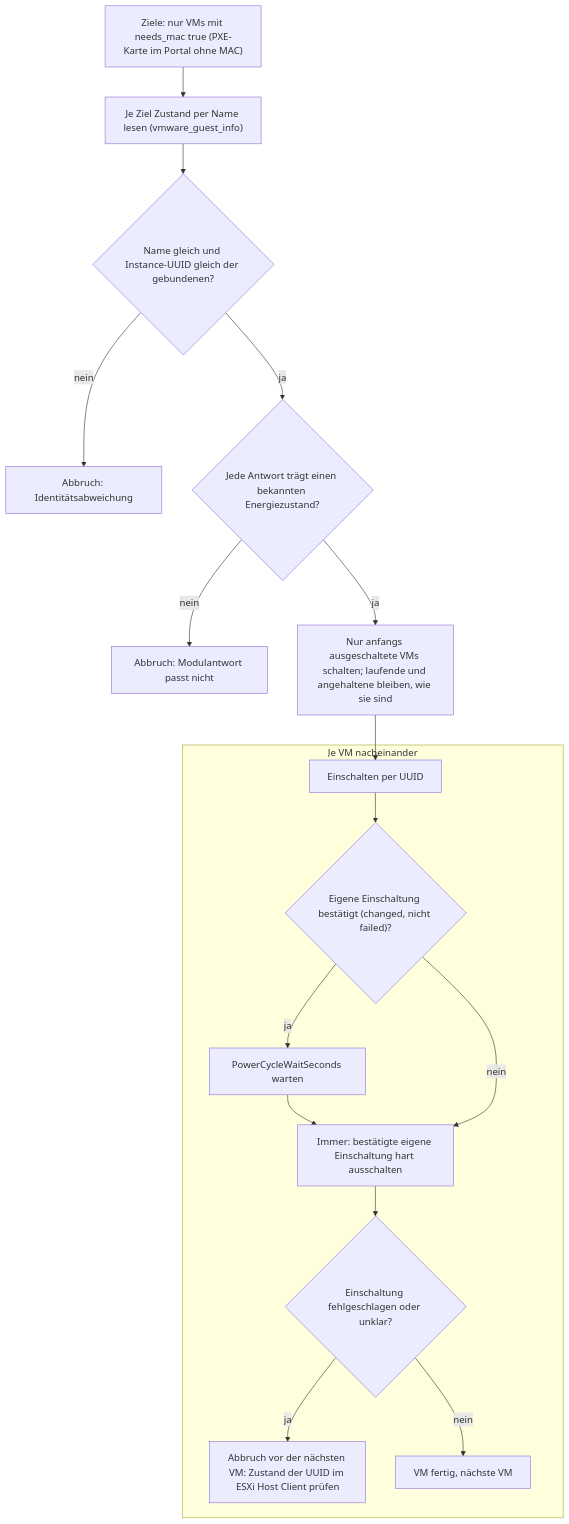
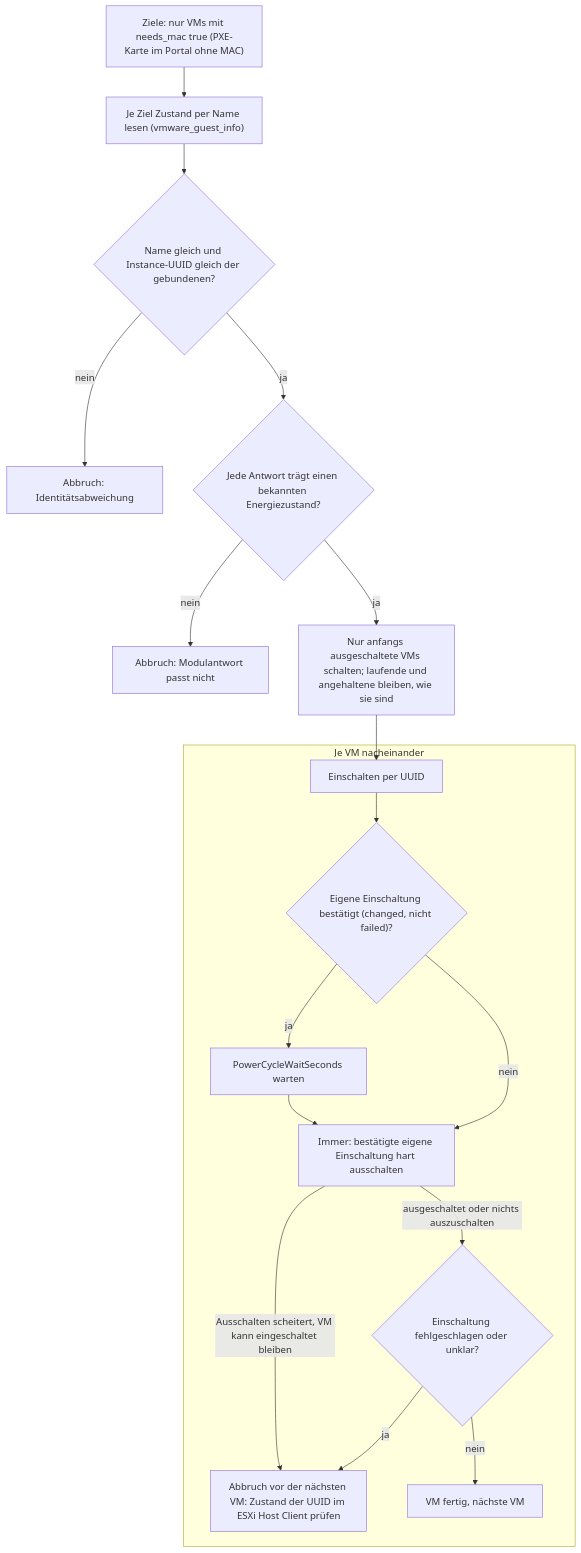
The ninth of 13 diagrams in docs/operations/deploy-flows.md (Samy94M/VirtuSphere-v2-WebApp), drawn with Mermaid before and after one commit. The commit also changed other lines of this file and 7 other files, not shown here.

First line of the commit message:
Guard the flow documents against the code and recheck every diagram

````diff
--- a/docs/operations/deploy-flows.md
+++ b/docs/operations/deploy-flows.md
@@ -250,19 +265,20 @@
 ```mermaid
 flowchart TD
   A["Ziele: nur VMs mit needs_mac true (PXE-Karte im Portal ohne MAC)"] --> B["Je Ziel Zustand per Name lesen (vmware_guest_info)"]
   B --> C{"Name gleich und Instance-UUID gleich der gebundenen?"}
   C -->|nein| CX["Abbruch: Identitätsabweichung"]
   C -->|ja| D{"Jede Antwort trägt einen bekannten Energiezustand?"}
   D -->|nein| DX["Abbruch: Modulantwort passt nicht"]
   D -->|ja| E["Nur anfangs ausgeschaltete VMs schalten; laufende und angehaltene bleiben, wie sie sind"]
   subgraph JE["Je VM nacheinander"]
     F["Einschalten per UUID"] --> G{"Eigene Einschaltung bestätigt (changed, nicht failed)?"}
     G -->|ja| H["PowerCycleWaitSeconds warten"]
     H --> I["Immer: bestätigte eigene Einschaltung hart ausschalten"]
     G -->|nein| I
-    I --> K{"Einschaltung fehlgeschlagen oder unklar?"}
+    I -->|Ausschalten scheitert, VM kann eingeschaltet bleiben| KX
+    I -->|ausgeschaltet oder nichts auszuschalten| K{"Einschaltung fehlgeschlagen oder unklar?"}
     K -->|ja| KX["Abbruch vor der nächsten VM: Zustand der UUID im ESXi Host Client prüfen"]
     K -->|nein| KP["VM fertig, nächste VM"]
   end
   E --> F
 ```
````
